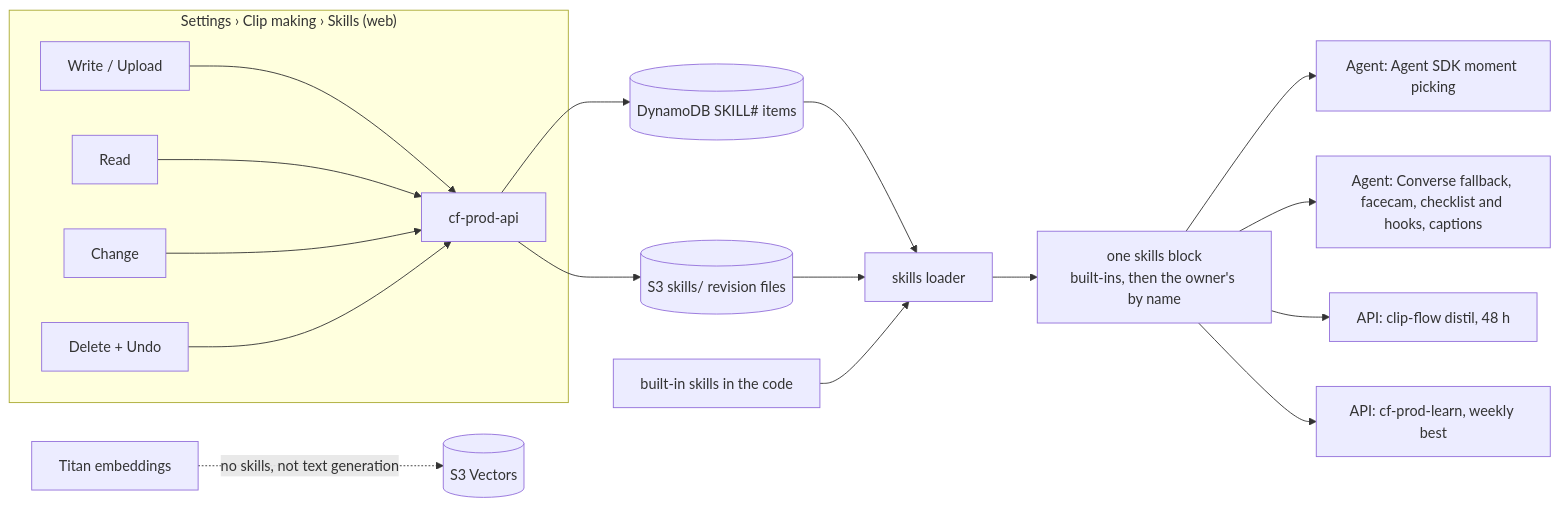
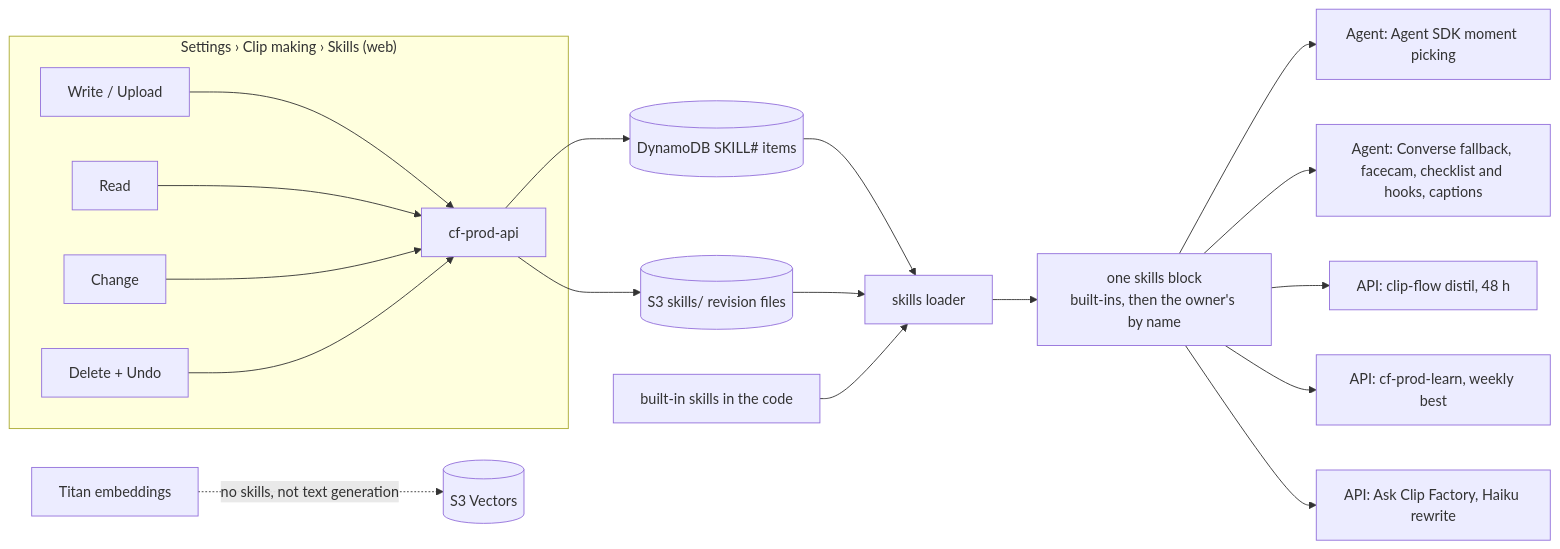
Diagram 18 of 20 in docs/ARCHITECTURE.md (Lamo2real/clip-factory), drawn with Mermaid before and after one commit. The commit also changed other lines of this file and 12 other files, not shown here.

First line of the commit message:
Document Ask Clip Factory

````diff
--- a/docs/ARCHITECTURE.md
+++ b/docs/ARCHITECTURE.md
@@ -781,20 +785,21 @@
 ```mermaid
 flowchart LR
   subgraph Settings["Settings › Clip making › Skills (web)"]
     W[Write / Upload] --> API
     R[Read] --> API
     E[Change] --> API
     X[Delete + Undo] --> API
   end
   API[cf-prod-api] --> D[("DynamoDB SKILL# items")]
   API --> S[("S3 skills/ revision files")]
   D --> L1[skills loader]
   S --> L1
   B0[built-in skills in the code] --> L1
   L1 --> BLK["one skills block<br/>built-ins, then the owner's by name"]
   BLK --> A1[Agent: Agent SDK moment picking]
   BLK --> A2[Agent: Converse fallback, facecam, checklist and hooks, captions]
   BLK --> A3[API: clip-flow distil, 48 h]
   BLK --> A4[API: cf-prod-learn, weekly best]
+  BLK --> A5[API: Ask Clip Factory, Haiku rewrite]
   T[Titan embeddings] -.no skills, not text generation.-> V[(S3 Vectors)]
 ```
````
